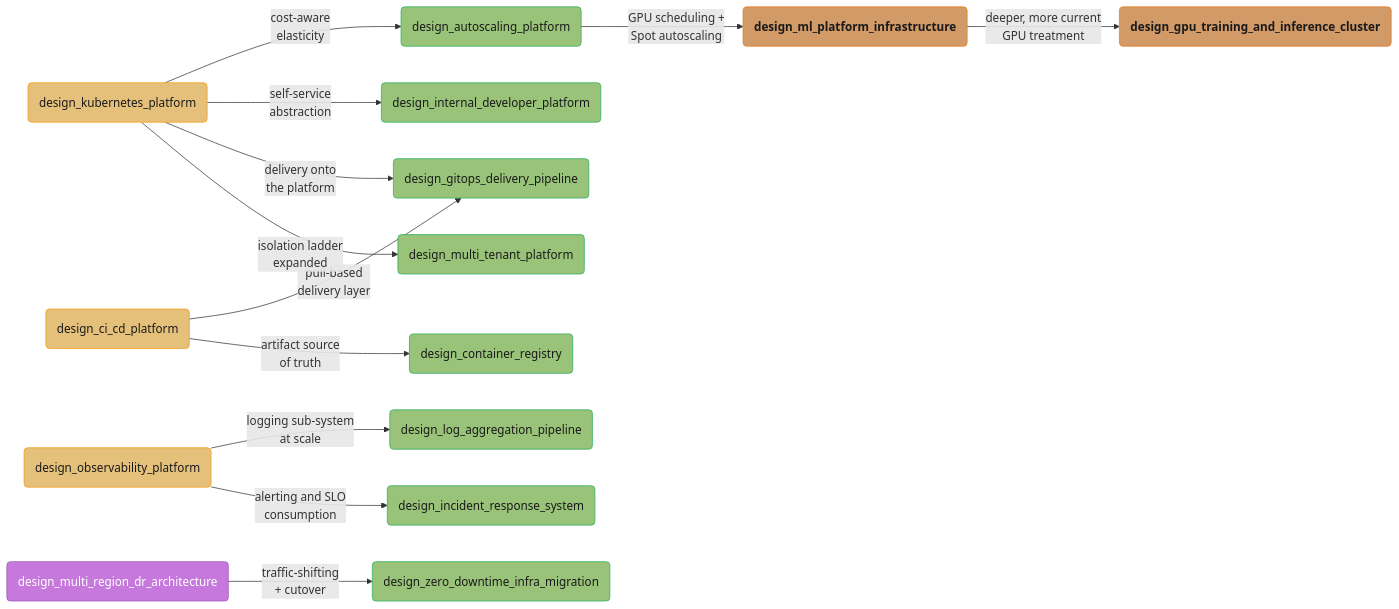
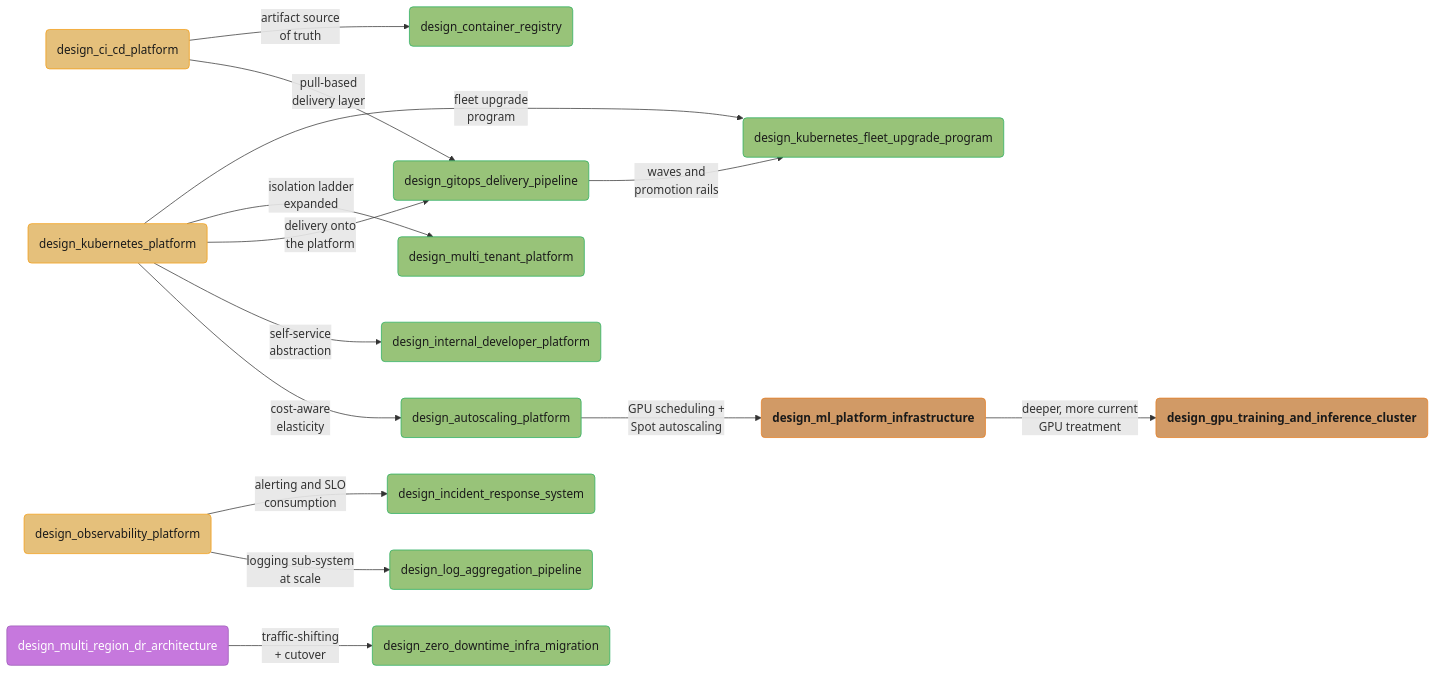
Before and after one commit to rppol/system-design: the diagram in src/main/java/com/rutik/systemdesign/devops/case_studies/case_studies.md, drawn with Mermaid. The commit also changed other lines of this file and 36 other files, not shown here.

First line of the commit message:
feat(devops): four modules, fleet upgrade case study, page expansions

````diff
--- a/src/main/java/com/rutik/systemdesign/devops/case_studies/case_studies.md
+++ b/src/main/java/com/rutik/systemdesign/devops/case_studies/case_studies.md
@@ -94,42 +95,45 @@
 ```mermaid
 flowchart LR
     classDef io      fill:#61afef,stroke:#2e86c1,color:#1a1a1a,font-weight:bold
     classDef frozen  fill:#c678dd,stroke:#9b59b6,color:#fff
     classDef train   fill:#98c379,stroke:#27ae60,color:#1a1a1a
     classDef mathOp  fill:#d19a66,stroke:#e67e22,color:#1a1a1a,font-weight:bold
     classDef lossN   fill:#e06c75,stroke:#c0392b,color:#fff,font-weight:bold
     classDef req     fill:#56b6c2,stroke:#0097a7,color:#1a1a1a
     classDef base    fill:#e5c07b,stroke:#f39c12,color:#1a1a1a
 
     K8S(design_kubernetes_platform)
     CICD(design_ci_cd_platform)
     OBS(design_observability_platform)
     DR(design_multi_region_dr_architecture)
     AUTO(design_autoscaling_platform)
     IDP(design_internal_developer_platform)
     GITOPS(design_gitops_delivery_pipeline)
     REGISTRY(design_container_registry)
     LOGS(design_log_aggregation_pipeline)
     INCIDENT(design_incident_response_system)
     MIGRATION(design_zero_downtime_infra_migration)
     MLPLATFORM(design_ml_platform_infrastructure)
     TENANT(design_multi_tenant_platform)
+    FLEET(design_kubernetes_fleet_upgrade_program)
     GPUCLUSTER(design_gpu_training_and_inference_cluster)
 
     K8S -->|"cost-aware<br/>elasticity"| AUTO
     K8S -->|"self-service<br/>abstraction"| IDP
     K8S -->|"delivery onto<br/>the platform"| GITOPS
     CICD -->|"pull-based<br/>delivery layer"| GITOPS
     CICD -->|"artifact source<br/>of truth"| REGISTRY
     OBS -->|"logging sub-system<br/>at scale"| LOGS
     OBS -->|"alerting and SLO<br/>consumption"| INCIDENT
     DR -->|"traffic-shifting<br/>+ cutover"| MIGRATION
     AUTO -->|"GPU scheduling +<br/>Spot autoscaling"| MLPLATFORM
     K8S -->|"isolation ladder<br/>expanded"| TENANT
+    K8S -->|"fleet upgrade<br/>program"| FLEET
+    GITOPS -->|"waves and<br/>promotion rails"| FLEET
     MLPLATFORM -->|"deeper, more current<br/>GPU treatment"| GPUCLUSTER
 
     class K8S,CICD,OBS base
     class DR frozen
-    class AUTO,IDP,GITOPS,REGISTRY,LOGS,INCIDENT,MIGRATION,TENANT train
+    class AUTO,IDP,GITOPS,REGISTRY,LOGS,INCIDENT,MIGRATION,TENANT,FLEET train
     class MLPLATFORM,GPUCLUSTER mathOp
 ```
````
